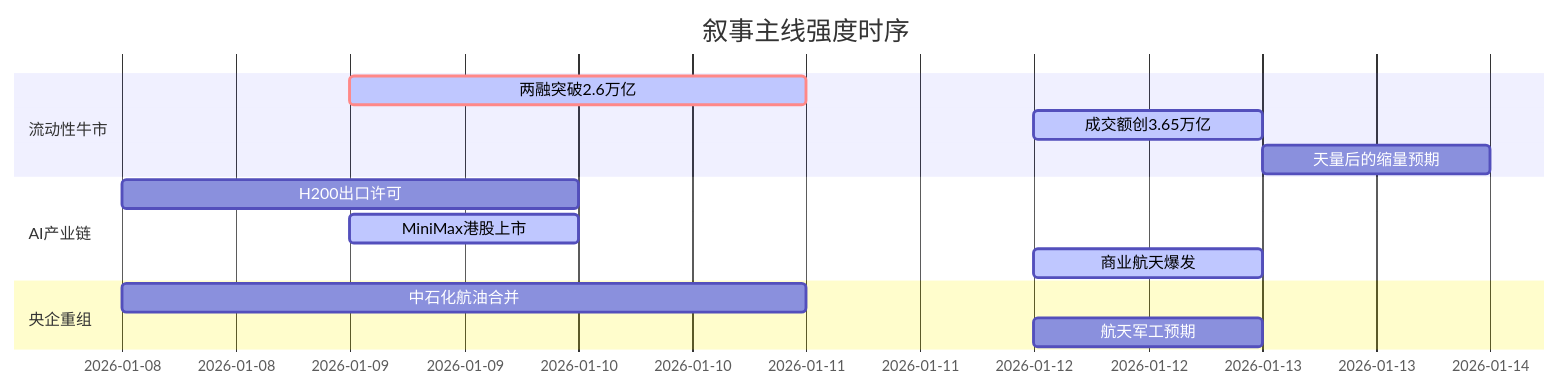
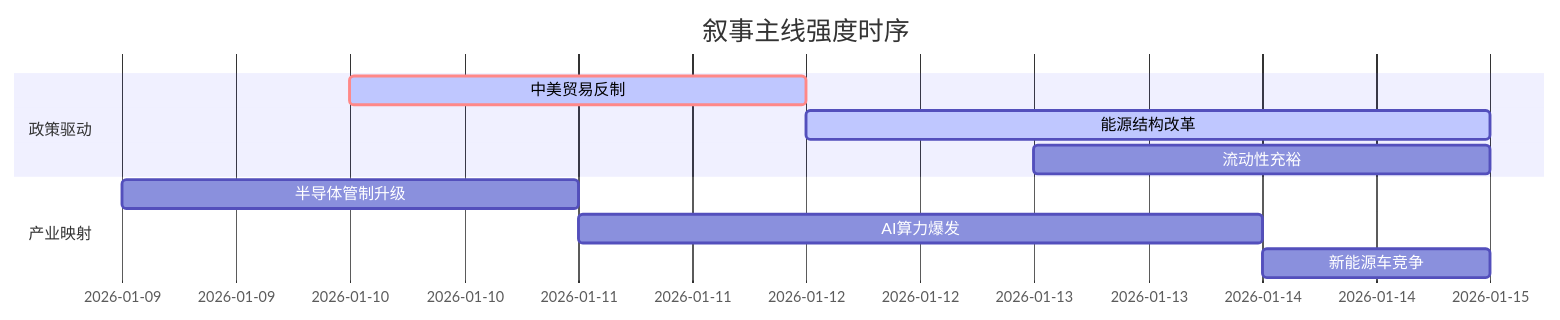
One commit to uu5zn/uu5zn.github.io changed the diagram in 5day_report.md. Above: the diagram before and after it, drawn with Mermaid. The commit also changed other lines of this file and 20 other files, not shown here.

````diff
--- a/5day_report.md
+++ b/5day_report.md
@@ -53,18 +51,14 @@
 ```mermaid
 gantt
     title 叙事主线强度时序
     dateFormat  YYYY-MM-DD
-    section 流动性牛市
-    两融突破2.6万亿   :crit, active, 2026-01-09, 2d
-    成交额创3.65万亿   :active, 2026-01-12, 1d
-    天量后的缩量预期   :2026-01-13, 1d
+    section 政策驱动
+    中美贸易反制   :crit, active, 2026-01-10, 2d
+    能源结构改革   :active, 2026-01-12, 3d
+    流动性充裕     :2026-01-13, 2d
     
-    section AI产业链
-    H200出口许可      :2026-01-08, 2d
-    MiniMax港股上市   :active, 2026-01-09, 1d
-    商业航天爆发      :active, 2026-01-12, 1d
-    
-    section 央企重组
-    中石化航油合并    :2026-01-08, 3d
-    航天军工预期      :2026-01-12, 1d
+    section 产业映射
+    半导体管制升级 :2026-01-09, 2d
+    AI算力爆发     :2026-01-11, 3d
+    新能源车竞争   :2026-01-14, 1d
 ```
````
